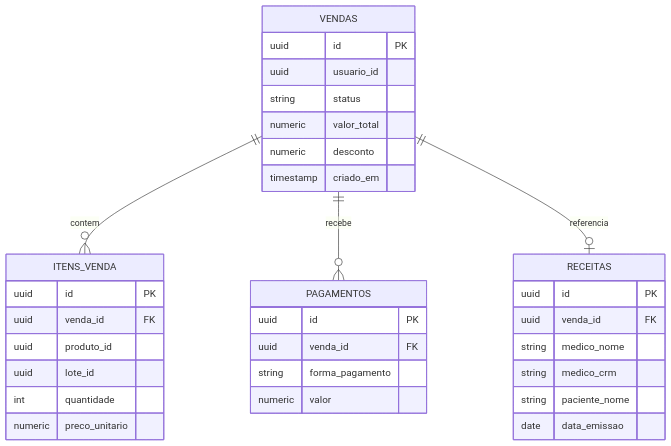
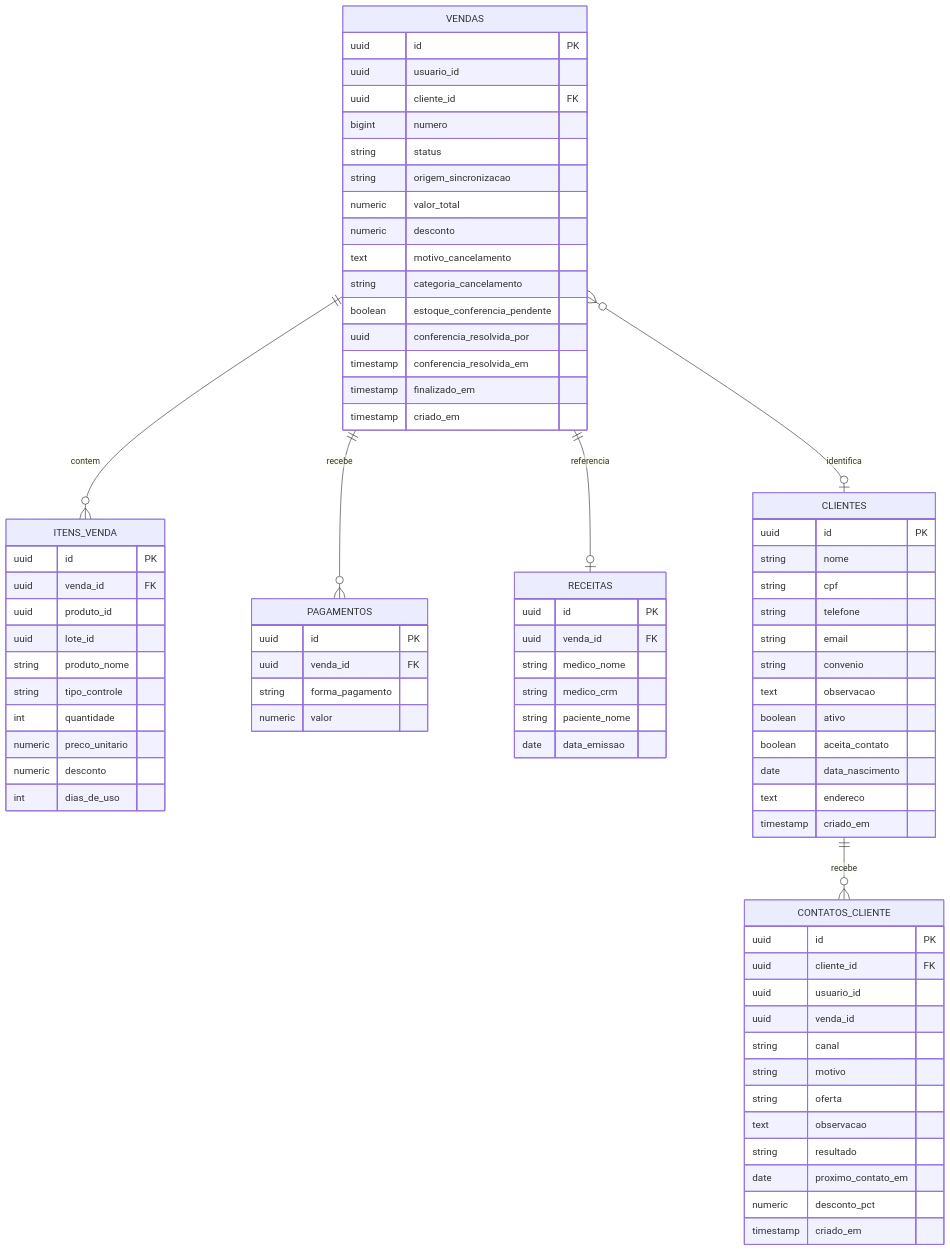
One commit to EduFerreira13/Arkos-Farmacia changed the third of 6 diagrams in docs/MODELO-DADOS.md. Above: the diagram before and after it, drawn with Mermaid. The commit also changed other lines of this file, not shown here.

First line of the commit message:
docs: sincroniza MODELO-DADOS.md com o schema real do banco

````diff
--- a/docs/MODELO-DADOS.md
+++ b/docs/MODELO-DADOS.md
@@ -100,37 +138,80 @@
 ```mermaid
 erDiagram
   VENDAS ||--o{ ITENS_VENDA : contem
   VENDAS ||--o{ PAGAMENTOS : recebe
   VENDAS ||--o| RECEITAS : referencia
+  VENDAS }o--o| CLIENTES : identifica
+  CLIENTES ||--o{ CONTATOS_CLIENTE : recebe
 
   VENDAS {
     uuid id PK
     uuid usuario_id
+    uuid cliente_id FK
+    bigint numero
     string status
+    string origem_sincronizacao
     numeric valor_total
     numeric desconto
+    text motivo_cancelamento
+    string categoria_cancelamento
+    boolean estoque_conferencia_pendente
+    uuid conferencia_resolvida_por
+    timestamp conferencia_resolvida_em
+    timestamp finalizado_em
     timestamp criado_em
   }
   ITENS_VENDA {
     uuid id PK
     uuid venda_id FK
     uuid produto_id
     uuid lote_id
+    string produto_nome
+    string tipo_controle
     int quantidade
     numeric preco_unitario
+    numeric desconto
+    int dias_de_uso
   }
   PAGAMENTOS {
     uuid id PK
     uuid venda_id FK
     string forma_pagamento
     numeric valor
   }
   RECEITAS {
     uuid id PK
     uuid venda_id FK
     string medico_nome
     string medico_crm
     string paciente_nome
     date data_emissao
   }
+  CLIENTES {
+    uuid id PK
+    string nome
+    string cpf
+    string telefone
+    string email
+    string convenio
+    text observacao
+    boolean ativo
+    boolean aceita_contato
+    date data_nascimento
+    text endereco
+    timestamp criado_em
+  }
+  CONTATOS_CLIENTE {
+    uuid id PK
+    uuid cliente_id FK
+    uuid usuario_id
+    uuid venda_id
+    string canal
+    string motivo
+    string oferta
+    text observacao
+    string resultado
+    date proximo_contato_em
+    numeric desconto_pct
+    timestamp criado_em
+  }
 ```
````
